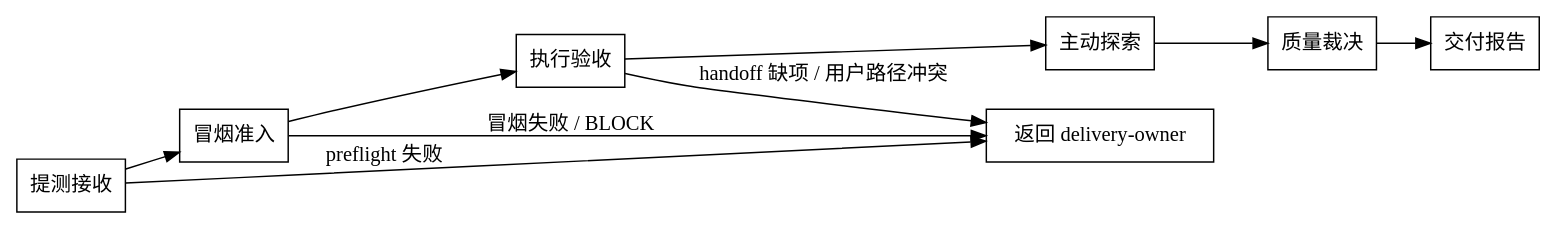
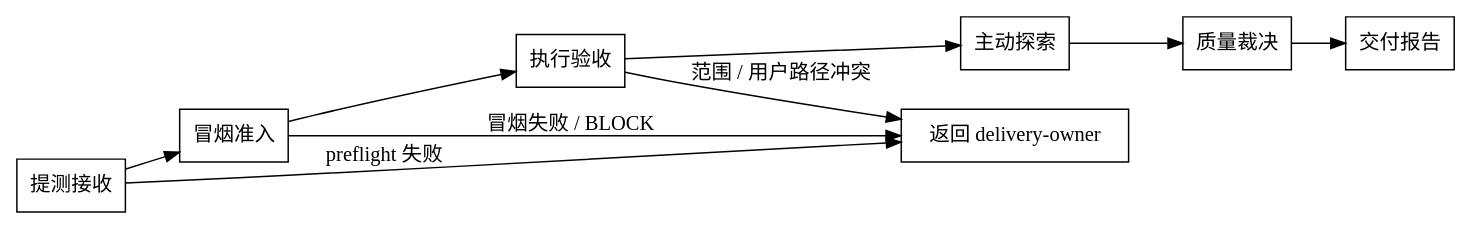
Before and after one commit to jieli-cqwl/org-claude-skills: the diagram in shared/skills/qa/SKILL.md, drawn with Graphviz. The commit also changed other lines of this file and 15 other files, not shown here.

````diff
--- a/shared/skills/qa/SKILL.md
+++ b/shared/skills/qa/SKILL.md
@@ -67,14 +66,14 @@
 ```dot
 digraph qa_flow {
   rankdir=LR;
   node [shape=box];
   "提测接收" -> "冒烟准入";
   "冒烟准入" -> "执行验收";
   "执行验收" -> "主动探索";
   "主动探索" -> "质量裁决";
   "质量裁决" -> "交付报告";
   "提测接收" -> "返回 delivery-owner" [label="preflight 失败"];
   "冒烟准入" -> "返回 delivery-owner" [label="冒烟失败 / BLOCK"];
-  "执行验收" -> "返回 delivery-owner" [label="handoff 缺项 / 用户路径冲突"];
+  "执行验收" -> "返回 delivery-owner" [label="范围 / 用户路径冲突"];
 }
 ```
````
